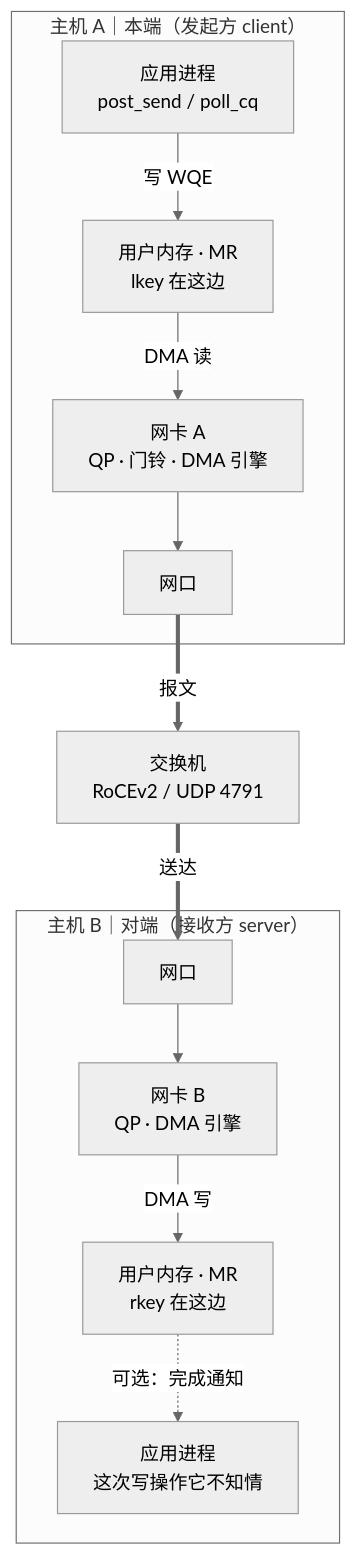
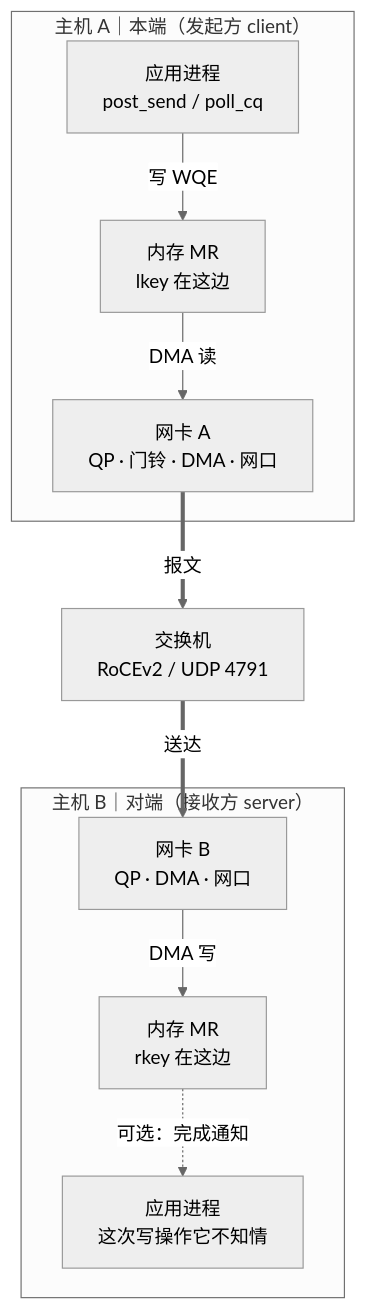
One commit to lnsyyj/lnsyyj.github.io changed the first of 4 diagrams in _posts/2026-10-26-rdma-datapath.md. Above: the diagram before and after it, drawn with Mermaid (neutral theme).

Commit message:
fix(rdma): 全景图合并网口节点，把 1248px 压到合理高度

````diff
--- a/_posts/2026-10-26-rdma-datapath.md
+++ b/_posts/2026-10-26-rdma-datapath.md
@@ -29,24 +29,20 @@
 ```mermaid
 flowchart TB
     subgraph HA["主机 A｜本端（发起方 client）"]
         A_APP["应用进程<br/>post_send / poll_cq"]
-        A_MEM["用户内存 · MR<br/>lkey 在这边"]
-        A_NIC["网卡 A<br/>QP · 门铃 · DMA 引擎"]
-        A_PORT["网口"]
+        A_MEM["内存 MR<br/>lkey 在这边"]
+        A_NIC["网卡 A<br/>QP · 门铃 · DMA · 网口"]
         A_APP -->|"写 WQE"| A_MEM
         A_MEM -->|"DMA 读"| A_NIC
-        A_NIC --> A_PORT
     end
     SW["交换机<br/>RoCEv2 / UDP 4791"]
     subgraph HB["主机 B｜对端（接收方 server）"]
-        B_PORT["网口"]
-        B_NIC["网卡 B<br/>QP · DMA 引擎"]
-        B_MEM["用户内存 · MR<br/>rkey 在这边"]
+        B_NIC["网卡 B<br/>QP · DMA · 网口"]
+        B_MEM["内存 MR<br/>rkey 在这边"]
         B_APP["应用进程<br/>这次写操作它不知情"]
-        B_PORT --> B_NIC
         B_NIC -->|"DMA 写"| B_MEM
         B_MEM -.->|"可选：完成通知"| B_APP
     end
-    A_PORT ==>|"报文"| SW
-    SW ==>|"送达"| B_PORT
+    A_NIC ==>|"报文"| SW
+    SW ==>|"送达"| B_NIC
 ```
````
